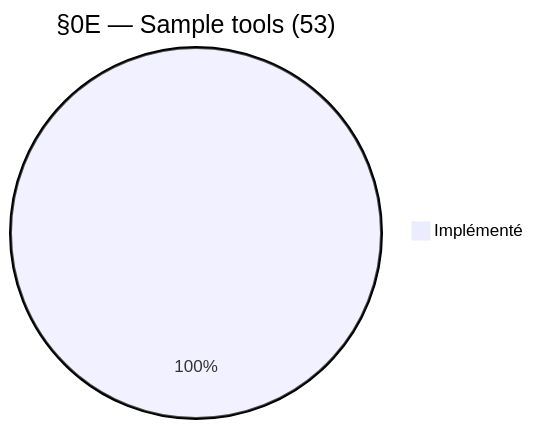
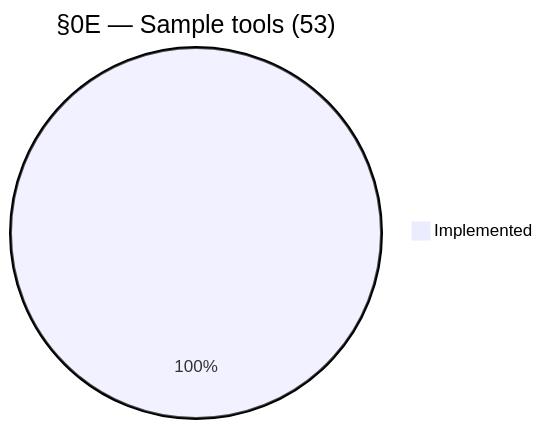
Before and after one commit to xplorer2716/XS56K: the seventh of 14 diagrams in process/3.plan/SUMMARY-akm-sections-coverage.md, drawn with Mermaid. The commit also changed other lines of this file, not shown here.

````diff
--- a/process/3.plan/SUMMARY-akm-sections-coverage.md
+++ b/process/3.plan/SUMMARY-akm-sections-coverage.md
@@ -54,4 +54,4 @@
 ```mermaid
 pie title §0E — Sample tools (53)
-    "Implémenté" : 53
+    "Implemented" : 53
 ```
````
